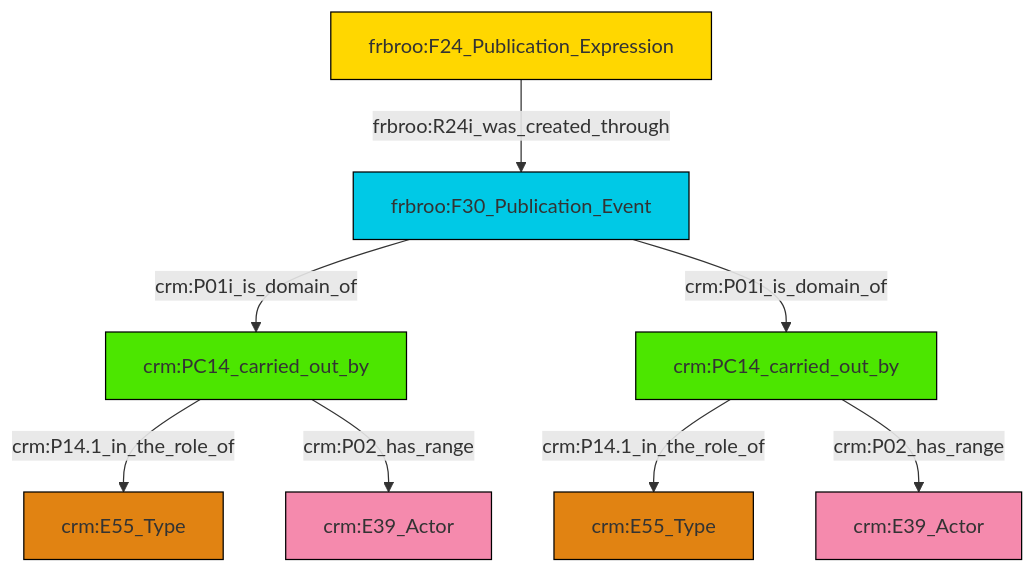
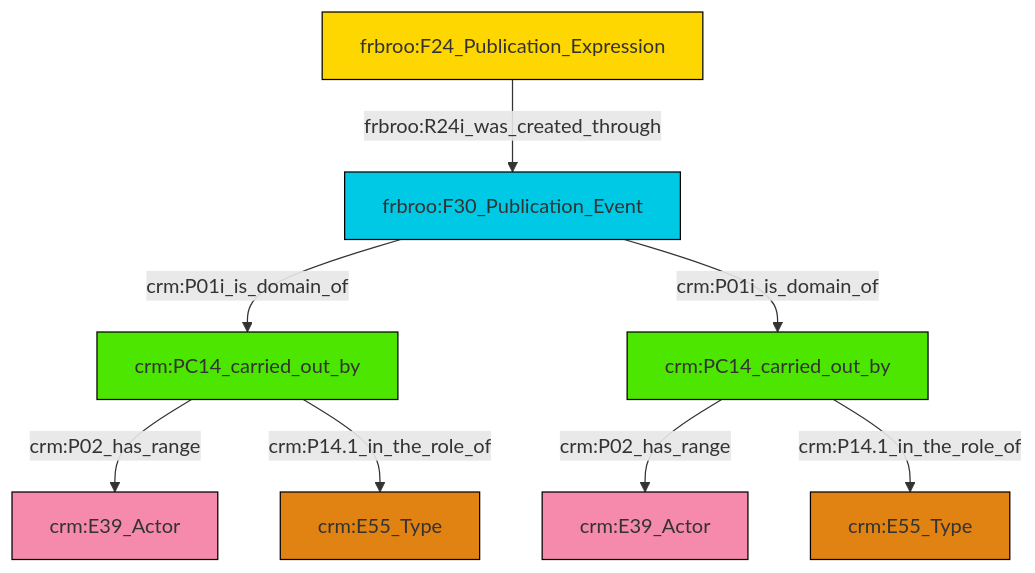
The diagram in et/biblioCSV/ttl/mmd/biblio_actor_relations.ttl.mmd (swiss-art-research-net/docs.swissartresearch), drawn with Mermaid before and after one commit. The commit also changed 174 other files, not shown here.

```diff
--- a/et/biblioCSV/ttl/mmd/biblio_actor_relations.ttl.mmd
+++ b/et/biblioCSV/ttl/mmd/biblio_actor_relations.ttl.mmd
@@ -1,22 +1,22 @@
 graph TD
 classDef Literal fill:#f2f2f2,stroke:#000000;
 classDef CRM_Entity fill:#FFFFFF,stroke:#000000;
 classDef Temporal_Entity fill:#00C9E6, stroke:#000000;
 classDef Type fill:#E18312, stroke:#000000;
 classDef Time-Span fill:#2C9C91, stroke:#000000;
 classDef Appellation fill:#FFEB7F, stroke:#000000;
 classDef Place fill:#008836, stroke:#000000;
 classDef Persistent_Item fill:#B266B2, stroke:#000000;
 classDef Conceptual_Object fill:#FFD700, stroke:#000000;
 classDef Physical_Thing fill:#D2B48C, stroke:#000000;
 classDef Actor fill:#f58aad, stroke:#000000;
 classDef PC_Classes fill:#4ce600, stroke:#000000;
 classDef Multi fill:#cccccc,stroke:#000000;
 
-2["crm:PC14_carried_out_by"]:::PC_Classes -->|crm:P14.1_in_the_role_of| 3["crm:E55_Type"]:::Type
-7["frbroo:F30_Publication_Event"]:::Temporal_Entity -->|crm:P01i_is_domain_of| 8["crm:PC14_carried_out_by"]:::PC_Classes
-8["crm:PC14_carried_out_by"]:::PC_Classes -->|crm:P14.1_in_the_role_of| 9["crm:E55_Type"]:::Type
-2["crm:PC14_carried_out_by"]:::PC_Classes -->|crm:P02_has_range| 10["crm:E39_Actor"]:::Actor
-0["frbroo:F24_Publication_Expression"]:::Conceptual_Object -->|frbroo:R24i_was_created_through| 7["frbroo:F30_Publication_Event"]:::Temporal_Entity
-7["frbroo:F30_Publication_Event"]:::Temporal_Entity -->|crm:P01i_is_domain_of| 2["crm:PC14_carried_out_by"]:::PC_Classes
-8["crm:PC14_carried_out_by"]:::PC_Classes -->|crm:P02_has_range| 5["crm:E39_Actor"]:::Actor
+2["crm:PC14_carried_out_by"]:::PC_Classes -->|crm:P02_has_range| 3["crm:E39_Actor"]:::Actor
+5["frbroo:F24_Publication_Expression"]:::Conceptual_Object -->|frbroo:R24i_was_created_through| 6["frbroo:F30_Publication_Event"]:::Temporal_Entity
+6["frbroo:F30_Publication_Event"]:::Temporal_Entity -->|crm:P01i_is_domain_of| 9["crm:PC14_carried_out_by"]:::PC_Classes
+6["frbroo:F30_Publication_Event"]:::Temporal_Entity -->|crm:P01i_is_domain_of| 2["crm:PC14_carried_out_by"]:::PC_Classes
+2["crm:PC14_carried_out_by"]:::PC_Classes -->|crm:P14.1_in_the_role_of| 0["crm:E55_Type"]:::Type
+9["crm:PC14_carried_out_by"]:::PC_Classes -->|crm:P02_has_range| 10["crm:E39_Actor"]:::Actor
+9["crm:PC14_carried_out_by"]:::PC_Classes -->|crm:P14.1_in_the_role_of| 15["crm:E55_Type"]:::Type
```
